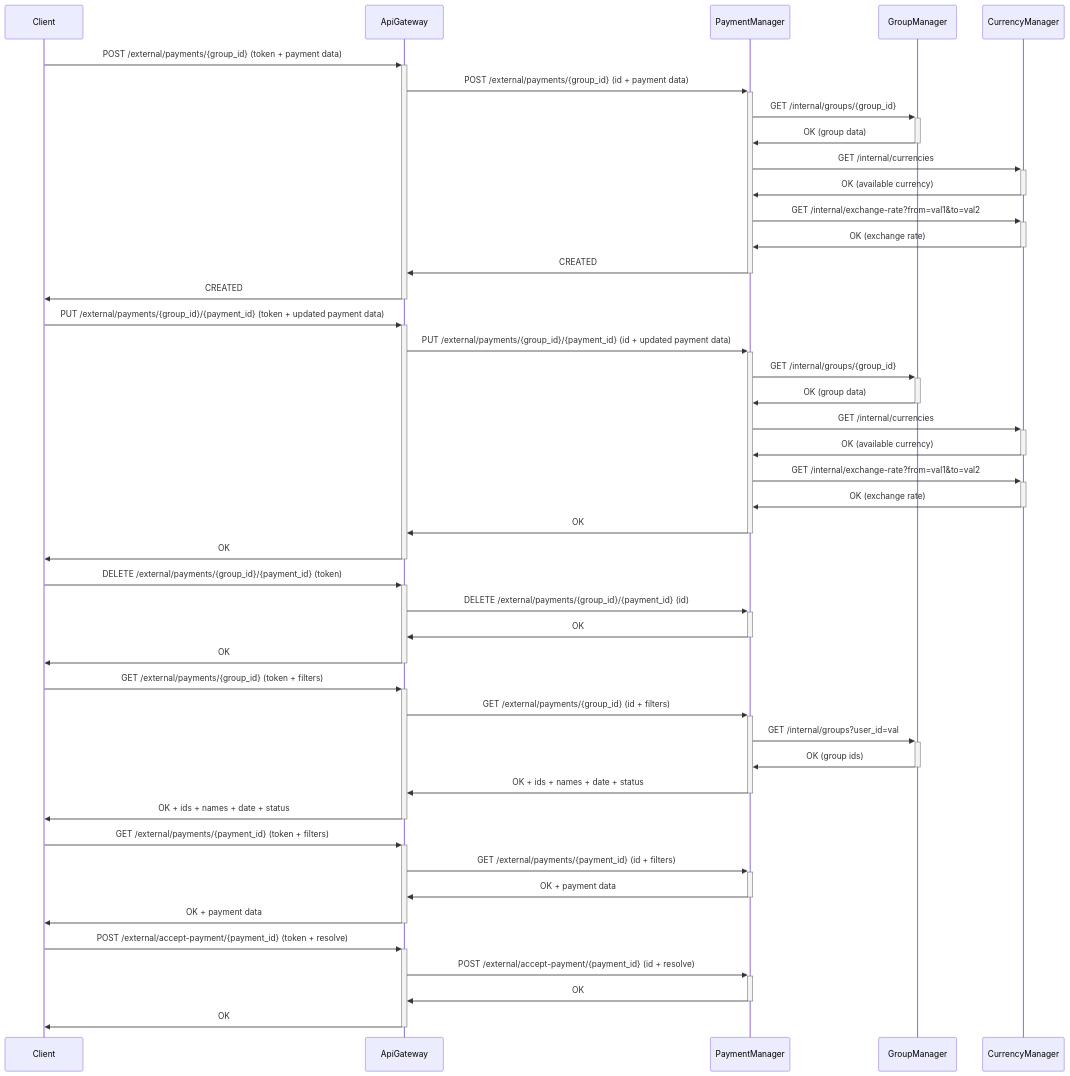
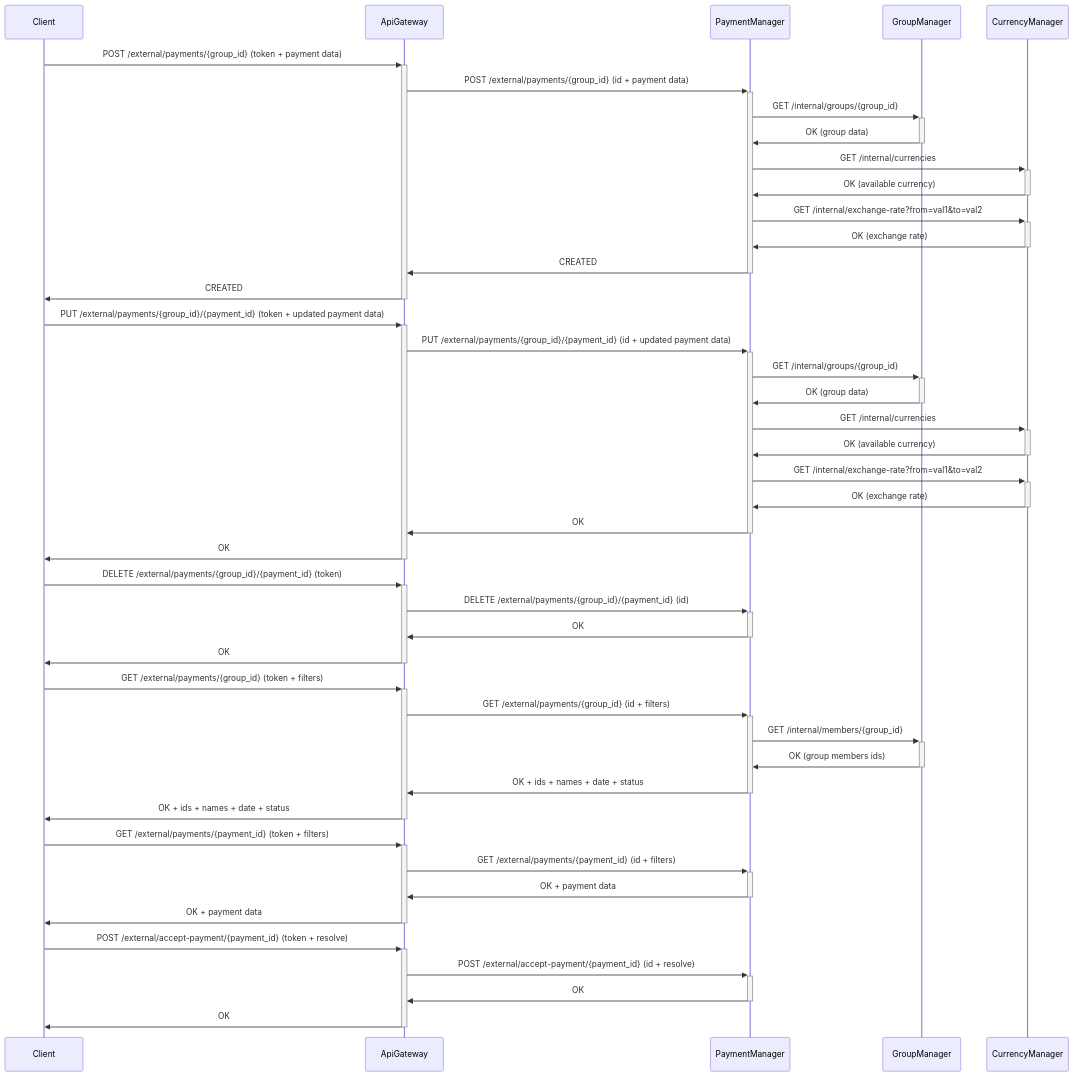
One commit to Group-Expense-Manager/gem-docs changed the sixth of 10 diagrams in docs/diagrams.md. Above: the diagram before and after it, drawn with Mermaid. The commit also changed other lines of this file and 2 other files, not shown here.

````diff
--- a/docs/diagrams.md
+++ b/docs/diagrams.md
@@ -216,48 +216,48 @@
 ``` mermaid
 sequenceDiagram
 
 Client->>+ApiGateway: POST /external/payments/{group_id} (token + payment data)
 ApiGateway->>+PaymentManager: POST /external/payments/{group_id} (id + payment data)
 PaymentManager->>+GroupManager: GET /internal/groups/{group_id}
 GroupManager->>-PaymentManager: OK (group data)
 PaymentManager->>+CurrencyManager: GET /internal/currencies
 CurrencyManager->>-PaymentManager: OK (available currency)
 PaymentManager->>+CurrencyManager: GET /internal/exchange-rate?from=val1&to=val2
 CurrencyManager->>-PaymentManager: OK (exchange rate)
 PaymentManager->>-ApiGateway: CREATED
 ApiGateway->>-Client: CREATED
 
 Client->>+ApiGateway: PUT /external/payments/{group_id}/{payment_id} (token + updated payment data)
 ApiGateway->>+PaymentManager: PUT /external/payments/{group_id}/{payment_id} (id + updated payment data)
 PaymentManager->>+GroupManager: GET /internal/groups/{group_id}
 GroupManager->>-PaymentManager: OK (group data)
 PaymentManager->>+CurrencyManager: GET /internal/currencies
 CurrencyManager->>-PaymentManager: OK (available currency)
 PaymentManager->>+CurrencyManager: GET /internal/exchange-rate?from=val1&to=val2
 CurrencyManager->>-PaymentManager: OK (exchange rate)
 PaymentManager->>-ApiGateway: OK
 ApiGateway->>-Client: OK
 
 Client->>+ApiGateway: DELETE /external/payments/{group_id}/{payment_id} (token)
 ApiGateway->>+PaymentManager: DELETE /external/payments/{group_id}/{payment_id} (id)
 PaymentManager->>-ApiGateway: OK
 ApiGateway->>-Client: OK
 
 Client->>+ApiGateway: GET /external/payments/{group_id} (token + filters)
 ApiGateway->>+PaymentManager: GET /external/payments/{group_id} (id + filters)
-PaymentManager->>+GroupManager: GET /internal/groups?user_id=val
-GroupManager->>-PaymentManager: OK (group ids)
+PaymentManager->>+GroupManager: GET /internal/members/{group_id}
+GroupManager->>-PaymentManager: OK (group members ids)
 PaymentManager->>-ApiGateway: OK + ids + names + date + status
 ApiGateway->>-Client: OK + ids + names + date + status
 
 
 Client->>+ApiGateway: GET /external/payments/{payment_id} (token + filters)
 ApiGateway->>+PaymentManager: GET /external/payments/{payment_id} (id + filters)
 PaymentManager->>-ApiGateway: OK + payment data
 ApiGateway->>-Client: OK + payment data
 
 Client->>+ApiGateway: POST /external/accept-payment/{payment_id} (token + resolve)
 ApiGateway->>+PaymentManager: POST /external/accept-payment/{payment_id} (id + resolve)
 PaymentManager->>-ApiGateway: OK
 ApiGateway->>-Client: OK
 ```
````
